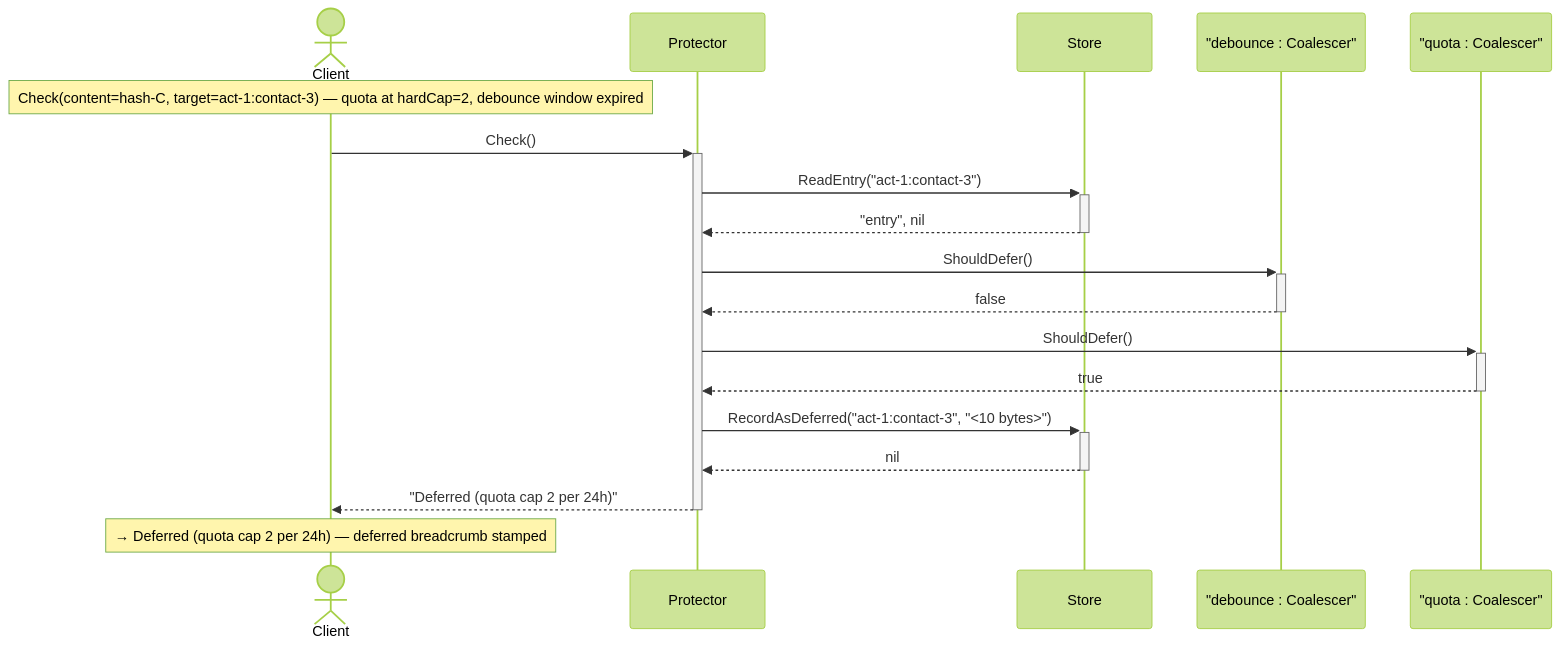
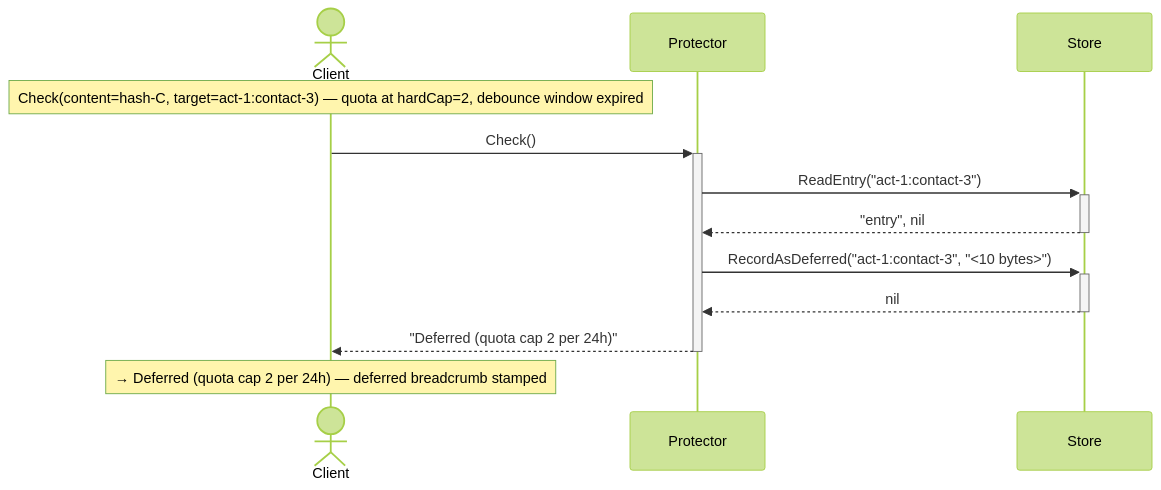
One commit to homemade/pith changed the fourth of 6 diagrams in internal/core/sequence_write_test.md. Above: the diagram before and after it, drawn with Mermaid (forest theme). The commit also changed other lines of this file and 13 other files, not shown here.

````diff
--- a/internal/core/sequence_write_test.md
+++ b/internal/core/sequence_write_test.md
@@ -73,21 +64,15 @@
 ```mermaid
 sequenceDiagram
     actor Client
     participant Protector
     participant Store
-    participant Debounce as "debounce : Coalescer"
-    participant Quota as "quota : Coalescer"
 
     Note over Client: Check(content=hash-C, target=act-1:contact-3) — quota at hardCap=2, debounce window expired
     Client->>+Protector: Check()
     Protector->>+Store: ReadEntry("act-1:contact-3")
     Store-->>-Protector: "entry", nil
-    Protector->>+Debounce: ShouldDefer()
-    Debounce-->>-Protector: false
-    Protector->>+Quota: ShouldDefer()
-    Quota-->>-Protector: true
     Protector->>+Store: RecordAsDeferred("act-1:contact-3", "<10 bytes>")
     Store-->>-Protector: nil
     Protector-->>-Client: "Deferred (quota cap 2 per 24h)"
     Note over Client: → Deferred (quota cap 2 per 24h) — deferred breadcrumb stamped
 ```
````
